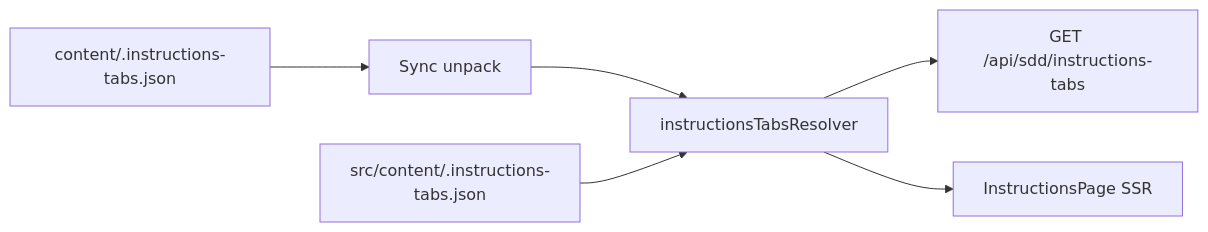
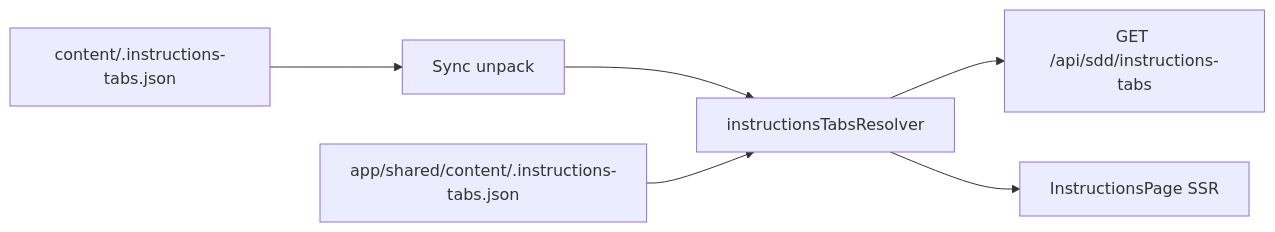
Before and after one commit to ethanhuangcst/workspace.framework.sdd.works: the diagram in specs/admin-portal/app-design.md, drawn with Mermaid. The commit also changed other lines of this file and 498 other files, not shown here.

First line of the commit message:
Split the app into web, mcp, and shared layers (feature-100).

````diff
--- a/specs/admin-portal/app-design.md
+++ b/specs/admin-portal/app-design.md
@@ -773,14 +773,14 @@
 ```mermaid
 flowchart LR
   Pack["content/.instructions-tabs.json"]
   Sync["Sync unpack"]
-  Bundle["src/content/.instructions-tabs.json"]
+  Bundle["app/shared/content/.instructions-tabs.json"]
   Resolver["instructionsTabsResolver"]
   API["GET /api/sdd/instructions-tabs"]
   Page["InstructionsPage SSR"]
   Pack --> Sync
   Sync --> Resolver
   Bundle --> Resolver
   Resolver --> API
   Resolver --> Page
 ```
````
